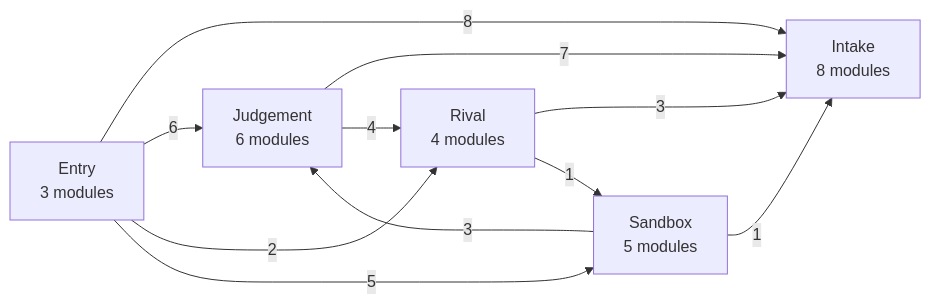
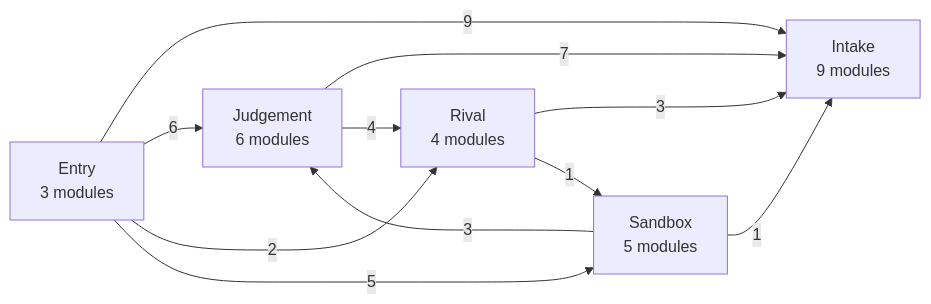
The second of 8 diagrams in docs/harita.md (Okan-wqm/snowball-mcp), drawn with Mermaid before and after one commit. The commit also changed other lines of this file and 17 other files, not shown here.

````diff
--- a/docs/harita.md
+++ b/docs/harita.md
@@ -74,18 +74,18 @@
 ```mermaid
 flowchart LR
   a_Entry["Entry<br/>3 modules"]
-  a_Intake["Intake<br/>8 modules"]
+  a_Intake["Intake<br/>9 modules"]
   a_Sandbox["Sandbox<br/>5 modules"]
   a_Rival["Rival<br/>4 modules"]
   a_Judgement["Judgement<br/>6 modules"]
-  a_Entry -->|8| a_Intake
+  a_Entry -->|9| a_Intake
   a_Entry -->|6| a_Judgement
   a_Entry -->|2| a_Rival
   a_Entry -->|5| a_Sandbox
   a_Judgement -->|7| a_Intake
   a_Judgement -->|4| a_Rival
   a_Rival -->|3| a_Intake
   a_Rival -->|1| a_Sandbox
   a_Sandbox -->|1| a_Intake
   a_Sandbox -->|3| a_Judgement
 ```
````
